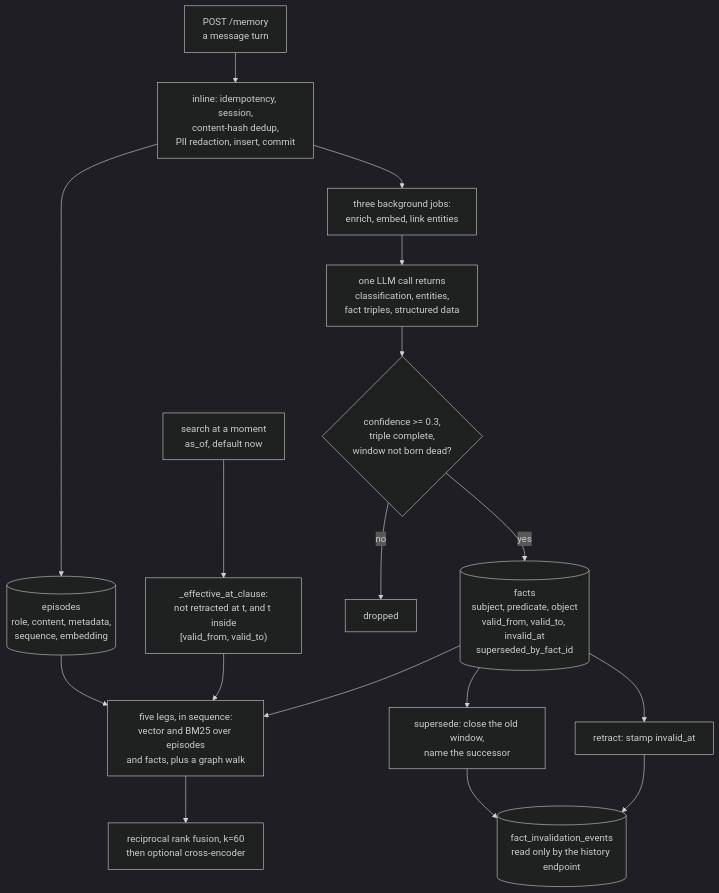
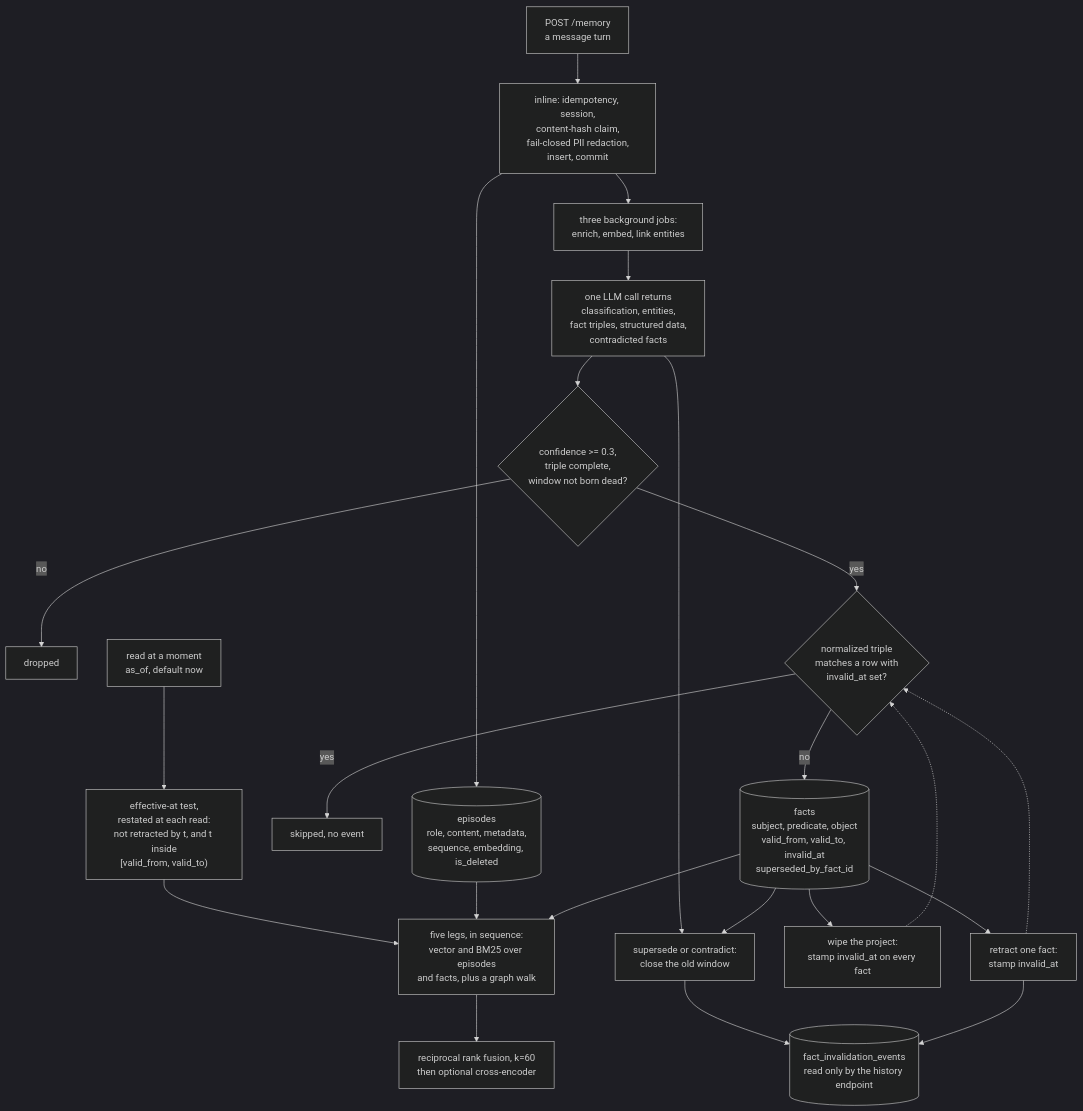
The diagram in content/systems/openzync-core.md (neoneye/agent-memory-atlas), drawn with Mermaid (dark theme) before and after one commit. The commit also changed other lines of this file and 12 other files, not shown here.

Commit message:
Re-read OpenZync Core at 17cea04: project wipes now persist and become tombstones; seven earlier claims corrected

````diff
--- a/content/systems/openzync-core.md
+++ b/content/systems/openzync-core.md
@@ -163,36 +157,45 @@
 ```mermaid
-%% caption: a turn is stored inline and enqueues one LLM call that extracts entities, fact triples and structured data in a single response; a fact carries a validity window, and every read path filters on the same effective-at predicate at a chosen moment; supersession closes the old window and retraction stamps invalid_at, both recorded as events that no later write consults
+%% caption: a turn is stored inline and enqueues one LLM call that returns entities, fact triples, structured data and contradicted facts; every fact search applies the same effective-at test at a chosen moment; supersession and contradiction close a window, retraction stamps invalid_at, and the retracted set is checked before every insert, which the project wipe fills with every fact
 flowchart TB
     TURN["POST /memory<br/>a message turn"]
-    INLINE["inline: idempotency, session,<br/>content-hash dedup,<br/>PII redaction, insert, commit"]
-    EP[("episodes<br/>role, content, metadata,<br/>sequence, embedding")]
+    INLINE["inline: idempotency, session,<br/>content-hash claim,<br/>fail-closed PII redaction,<br/>insert, commit"]
+    EP[("episodes<br/>role, content, metadata,<br/>sequence, embedding, is_deleted")]
     JOB["three background jobs:<br/>enrich, embed, link entities"]
-    LLM["one LLM call returns<br/>classification, entities,<br/>fact triples, structured data"]
+    LLM["one LLM call returns<br/>classification, entities,<br/>fact triples, structured data,<br/>contradicted facts"]
     FILT{"confidence &gt;= 0.3,<br/>triple complete,<br/>window not born dead?"}
     DROP["dropped"]
+    TOMB{"normalized triple<br/>matches a row with<br/>invalid_at set?"}
+    SKIP["skipped, no event"]
     FACT[("facts<br/>subject, predicate, object<br/>valid_from, valid_to, invalid_at<br/>superseded_by_fact_id")]
-    Q["search at a moment<br/>as_of, default now"]
-    EFF["_effective_at_clause:<br/>not retracted at t, and t inside<br/>[valid_from, valid_to)"]
+    SUP["supersede or contradict:<br/>close the old window"]
+    RET["retract one fact:<br/>stamp invalid_at"]
+    WIPE["wipe the project:<br/>stamp invalid_at on every fact"]
+    EV[("fact_invalidation_events<br/>read only by the history endpoint")]
+    Q["read at a moment<br/>as_of, default now"]
+    EFF["effective-at test,<br/>restated at each read:<br/>not retracted by t, and t inside<br/>[valid_from, valid_to)"]
     LEGS["five legs, in sequence:<br/>vector and BM25 over episodes<br/>and facts, plus a graph walk"]
     RRF["reciprocal rank fusion, k=60<br/>then optional cross-encoder"]
-    SUP["supersede: close the old window,<br/>name the successor"]
-    RET["retract: stamp invalid_at"]
-    EV[("fact_invalidation_events<br/>read only by the history endpoint")]
 
     TURN --> INLINE
     INLINE --> EP
     INLINE --> JOB
     JOB --> LLM
     LLM --> FILT
     FILT -- no --> DROP
-    FILT -- yes --> FACT
+    FILT -- yes --> TOMB
+    TOMB -- yes --> SKIP
+    TOMB -- no --> FACT
+    LLM --> SUP
+    FACT --> SUP
+    FACT --> RET
+    FACT --> WIPE
+    SUP --> EV
+    RET --> EV
+    RET -.-> TOMB
+    WIPE -.-> TOMB
+    Q --> EFF
+    EFF --> LEGS
     EP --> LEGS
     FACT --> LEGS
-    Q --> EFF
-    EFF --> LEGS
     LEGS --> RRF
-    FACT --> SUP
-    FACT --> RET
-    SUP --> EV
-    RET --> EV
 ```
````
